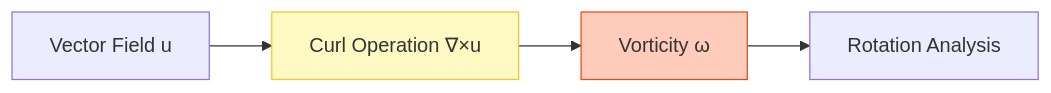
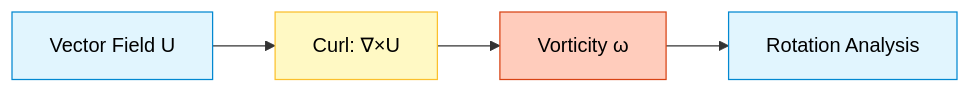
One commit to wramet/build-my-cfd changed the first of 2 diagrams in MODULE_05_OPENFOAM_PROGRAMMING/CONTENT/10_VECTOR_CALCULUS/05_Curl_and_Laplacian.md. Above: the diagram before and after it, drawn with Mermaid. The commit also changed other lines of this file and 313 other files, not shown here.

Commit message:
Revise all diagram

````diff
--- a/MODULE_05_OPENFOAM_PROGRAMMING/CONTENT/10_VECTOR_CALCULUS/05_Curl_and_Laplacian.md
+++ b/MODULE_05_OPENFOAM_PROGRAMMING/CONTENT/10_VECTOR_CALCULUS/05_Curl_and_Laplacian.md
@@ -52,9 +52,10 @@
 ```mermaid
 flowchart LR
-    A[Vector Field u] --> B[Curl Operation ∇×u]
-    B --> C[Vorticity ω]
-    C --> D[Rotation Analysis]
-
-    style B fill:#fff9c4,stroke:#fbc02d
-    style C fill:#ffccbc,stroke:#e64a19
+    classDef data fill:#e1f5fe,stroke:#0288d1,color:#000
+    classDef op fill:#fff9c4,stroke:#fbc02d,color:#000
+    classDef result fill:#ffccbc,stroke:#d84315,color:#000
+    
+    U[Vector Field U]:::data --> Op[Curl: ∇×U]:::op
+    Op --> W[Vorticity ω]:::result
+    W --> Analysis[Rotation Analysis]:::data
 ```
````
